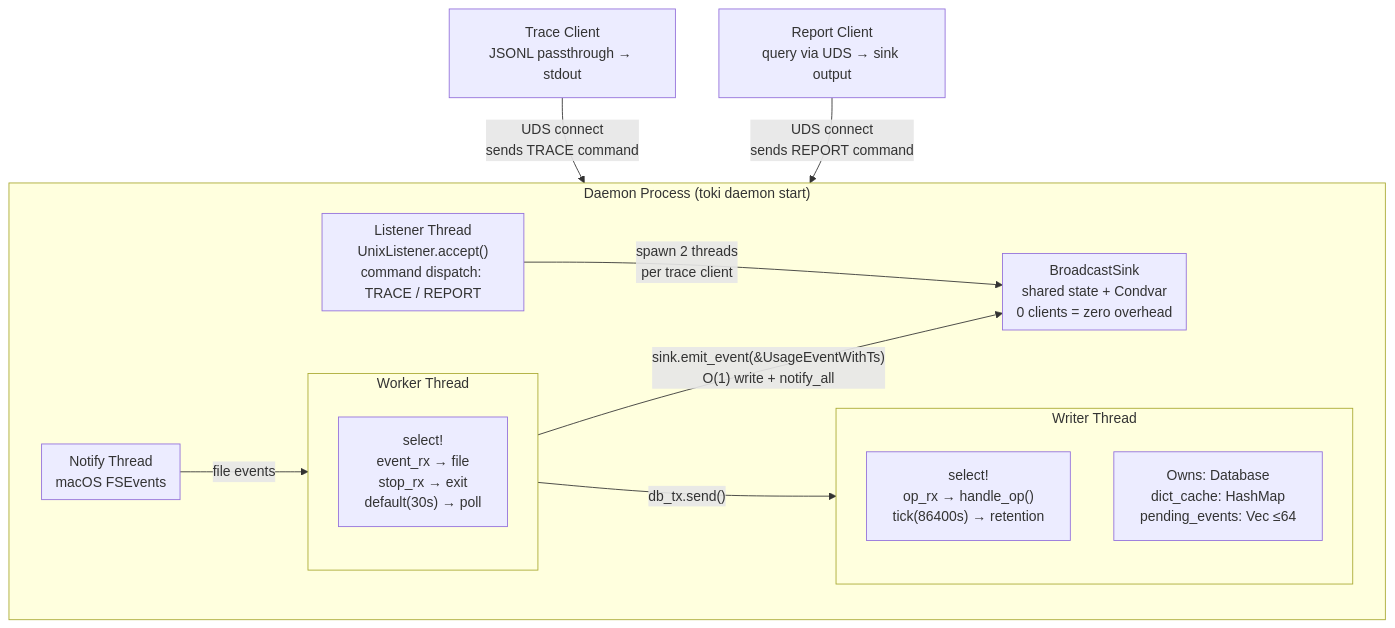
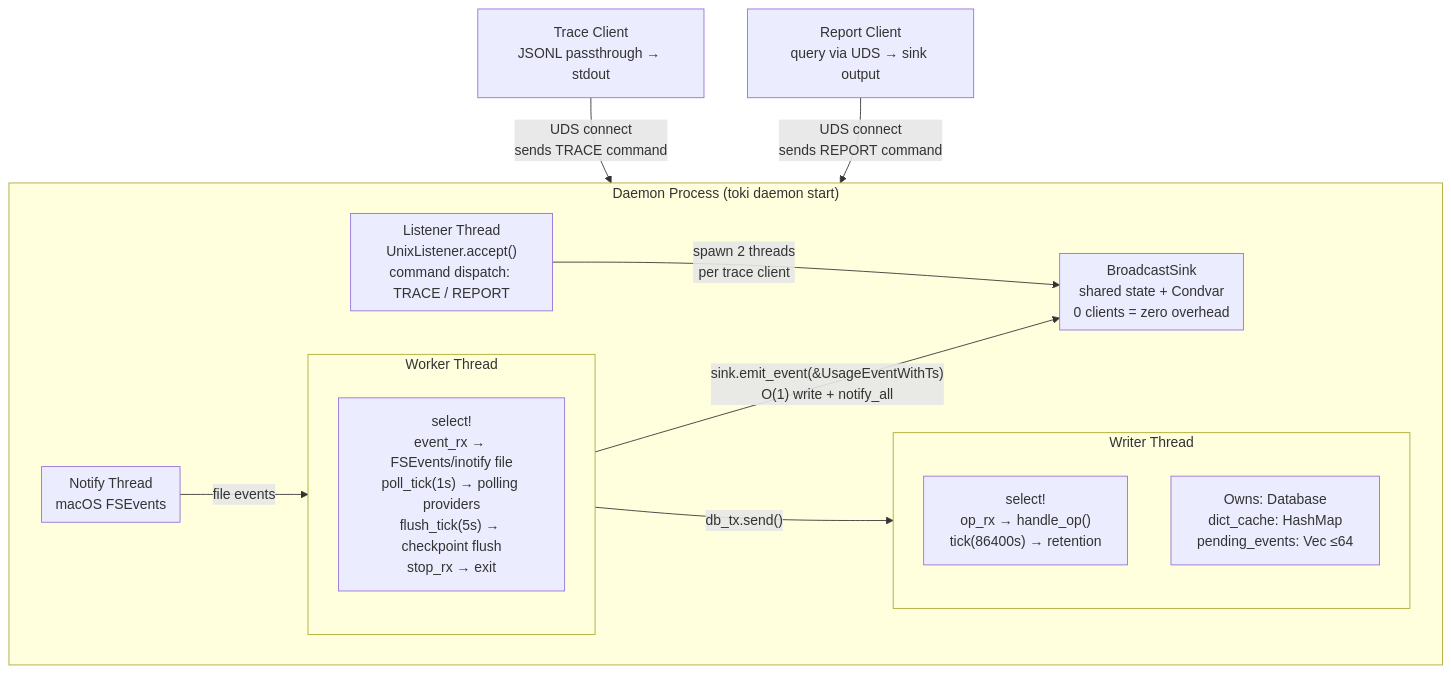
The diagram in docs/DESIGN.md (korjwl1/toki), drawn with Mermaid before and after one commit. The commit also changed other lines of this file and 7 other files, not shown here.

````diff
--- a/docs/DESIGN.md
+++ b/docs/DESIGN.md
@@ -10,30 +10,30 @@
 ```mermaid
 graph TD
     subgraph Daemon["Daemon Process (toki daemon start)"]
         subgraph Worker["Worker Thread"]
-            W_select["select!<br/>event_rx → file<br/>stop_rx → exit<br/>default(30s) → poll"]
+            W_select["select!<br/>event_rx → FSEvents/inotify file<br/>poll_tick(1s) → polling providers<br/>flush_tick(5s) → checkpoint flush<br/>stop_rx → exit"]
         end
 
         subgraph Writer["Writer Thread"]
             Wr_select["select!<br/>op_rx → handle_op()<br/>tick(86400s) → retention"]
             Wr_db["Owns: Database<br/>dict_cache: HashMap<br/>pending_events: Vec ≤64"]
         end
 
         subgraph Notify["Notify Thread<br/>macOS FSEvents"]
         end
 
         subgraph Broadcast["BroadcastSink<br/>shared state + Condvar<br/>0 clients = zero overhead"]
         end
 
         subgraph Listener["Listener Thread<br/>UnixListener.accept()<br/>command dispatch: TRACE / REPORT"]
         end
     end
 
     Notify -->|"file events"| Worker
     Worker -->|"db_tx.send()"| Writer
     Worker -->|"sink.emit_event(&amp;UsageEventWithTs)<br/>O(1) write + notify_all"| Broadcast
     Listener -->|"spawn 2 threads<br/>per trace client"| Broadcast
 
     TraceClient["Trace Client<br/>JSONL passthrough → stdout"] -->|"UDS connect<br/>sends TRACE command"| Daemon
     ReportClient["Report Client<br/>query via UDS → sink output"] -->|"UDS connect<br/>sends REPORT command"| Daemon
 ```
````
